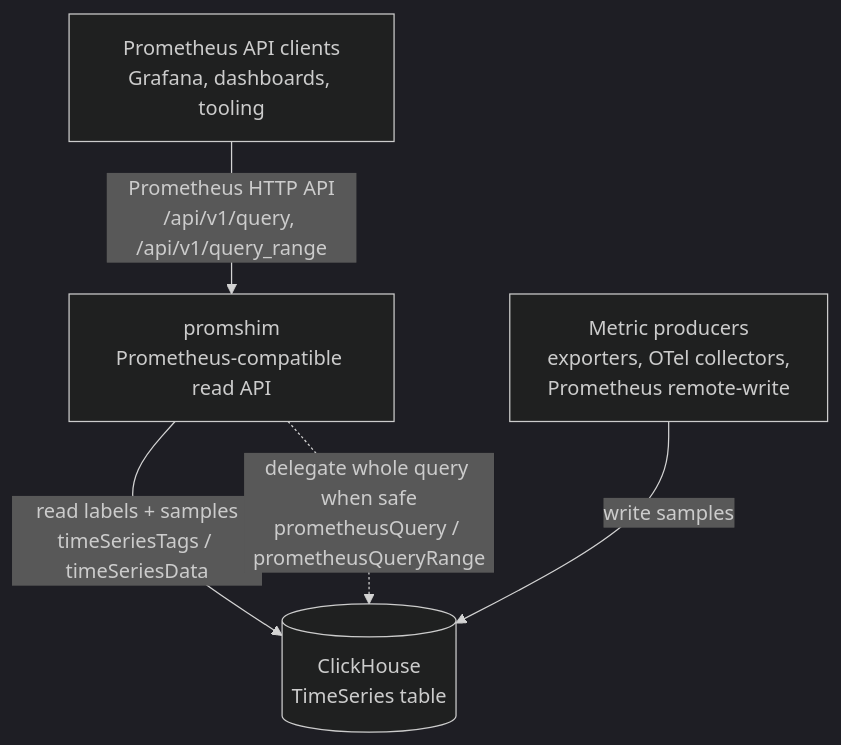
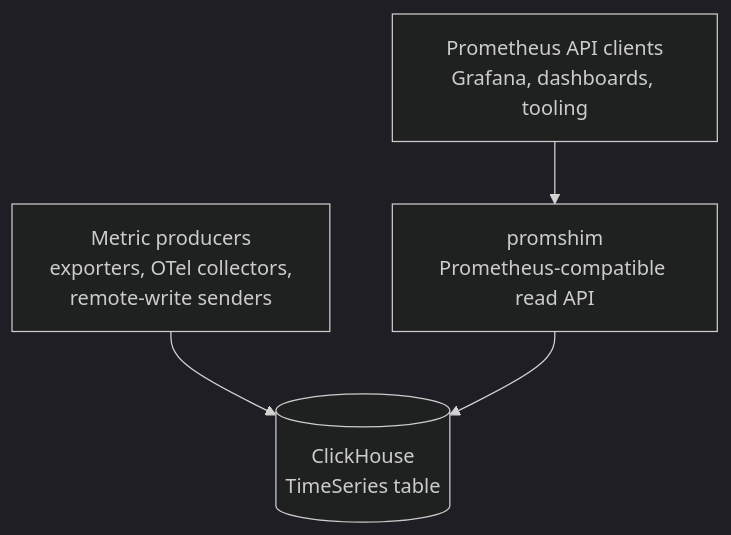
The diagram in README.md (BadLiveware/promshim-clickhouse), drawn with Mermaid (dark theme) before and after one commit. The commit also changed other lines of this file and 3 other files, not shown here.

````diff
--- a/README.md
+++ b/README.md
@@ -19,14 +19,13 @@
 ```mermaid
 flowchart TB
-  %% Keep the graph narrow so GitHub's Mermaid toolbar on the right
-  %% does not obscure the ClickHouse node or edge labels.
-  Producers["Metric producers<br/>exporters, OTel collectors,<br/>Prometheus remote-write"]
+  %% Deliberately keep edge labels out of the graph: GitHub's Mermaid controls
+  %% sit on the right side, and long labels overlap on narrow screens.
+  Producers["Metric producers<br/>exporters, OTel collectors,<br/>remote-write senders"]
+  ClickHouse[(ClickHouse<br/>TimeSeries table)]
   Clients["Prometheus API clients<br/>Grafana, dashboards, tooling"]
   Promshim["promshim<br/>Prometheus-compatible read API"]
-  ClickHouse[(ClickHouse<br/>TimeSeries table)]
 
-  Clients -->|"Prometheus HTTP API<br/>/api/v1/query, /api/v1/query_range"| Promshim
-  Promshim -->|"read labels + samples<br/>timeSeriesTags / timeSeriesData"| ClickHouse
-  Promshim -.->|"delegate whole query when safe<br/>prometheusQuery / prometheusQueryRange"| ClickHouse
-  Producers -->|"write samples"| ClickHouse
+  Producers --> ClickHouse
+  Clients --> Promshim
+  Promshim --> ClickHouse
 ```
````
